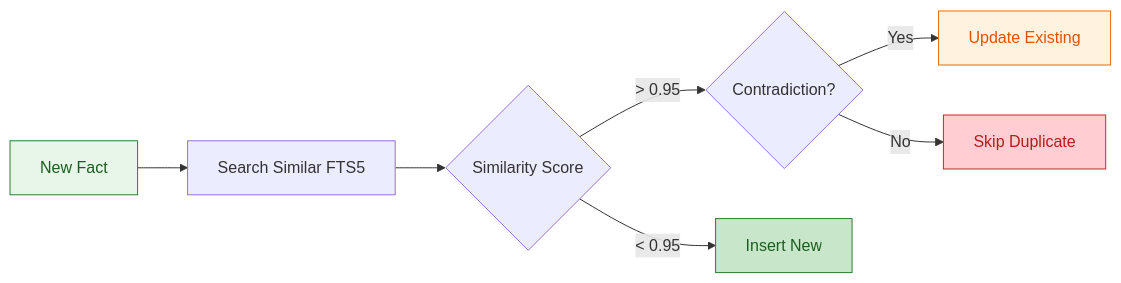
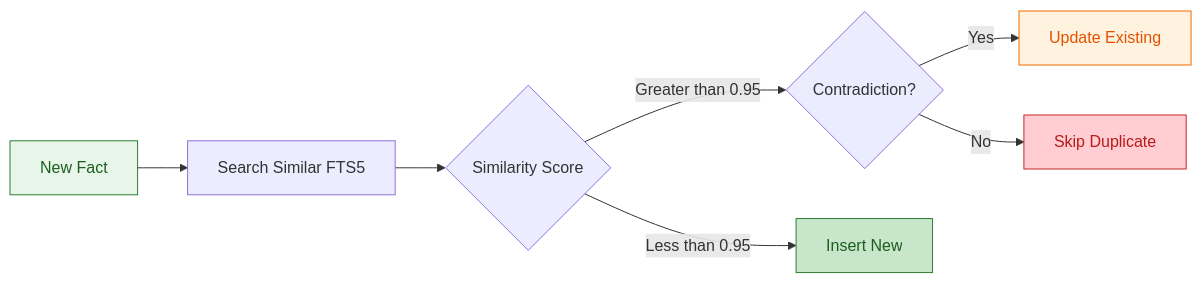
One commit to luksamuk/sprachspiel changed the fifth of 6 diagrams in doc/src/development/memory-architecture.md. Above: the diagram before and after it, drawn with Mermaid. The commit also changed other lines of this file and 7 other files, not shown here.

````diff
--- a/doc/src/development/memory-architecture.md
+++ b/doc/src/development/memory-architecture.md
@@ -278,14 +278,14 @@
 ```mermaid
 graph LR
     A[New Fact] --> B[Search Similar FTS5]
     B --> C{Similarity Score}
-    C -->|> 0.95| D{Contradiction?}
-    C -->|< 0.95| E[Insert New]
+    C -->|Greater than 0.95| D{Contradiction?}
+    C -->|Less than 0.95| E[Insert New]
     D -->|Yes| F[Update Existing]
     D -->|No| G[Skip Duplicate]
     
     style A fill:#e8f5e9,stroke:#2e7d32,color:#1b5e20
     style E fill:#c8e6c9,stroke:#2e7d32,color:#1b5e20
     style F fill:#fff3e0,stroke:#ef6c00,color:#e65100
     style G fill:#ffcdd2,stroke:#c62828,color:#b71c1c
 ```
````
